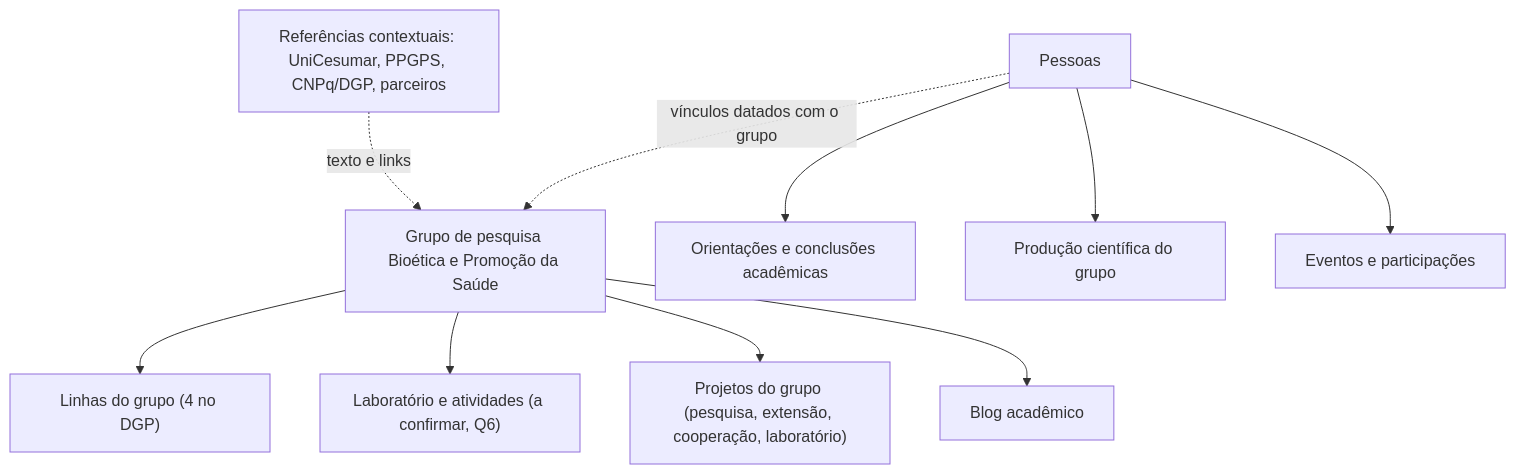
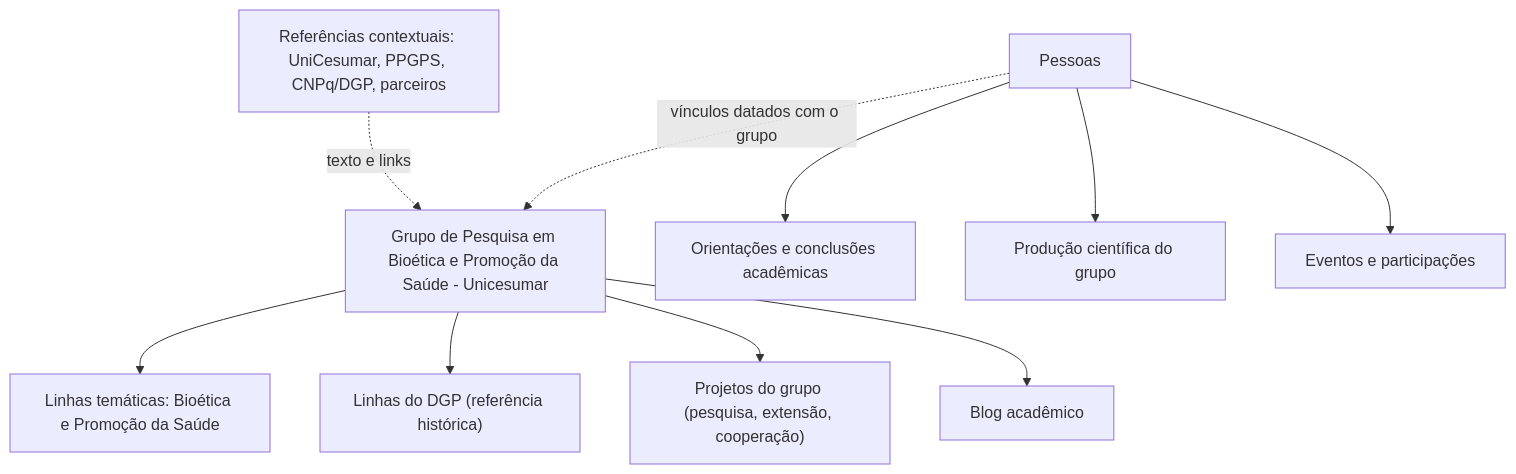
Before and after one commit to labarro/PPGPS-Portal: the first of 10 diagrams in docs/PLANEJAMENTO_PORTAL_PPGPS.md, drawn with Mermaid. The commit also changed other lines of this file and 29 other files, not shown here.

````diff
--- a/docs/PLANEJAMENTO_PORTAL_PPGPS.md
+++ b/docs/PLANEJAMENTO_PORTAL_PPGPS.md
@@ -317,12 +339,12 @@
 ```mermaid
 flowchart TD
-    G["Grupo de pesquisa Bioética e Promoção da Saúde"] --> L["Linhas do grupo (4 no DGP)"]
-    G --> LAB["Laboratório e atividades (a confirmar, Q6)"]
-    G --> PR["Projetos do grupo (pesquisa, extensão, cooperação, laboratório)"]
+    G["Grupo de Pesquisa em Bioética e Promoção da Saúde - Unicesumar"] --> L["Linhas temáticas: Bioética e Promoção da Saúde"]
+    G --> HL["Linhas do DGP (referência histórica)"]
+    G --> PR["Projetos do grupo (pesquisa, extensão, cooperação)"]
     G --> ED["Blog acadêmico"]
     PE["Pessoas"] -. vínculos datados com o grupo .-> G
     PE --> OR["Orientações e conclusões acadêmicas"]
     PE --> PUB["Produção científica do grupo"]
     PE --> EV["Eventos e participações"]
     REF["Referências contextuais: UniCesumar, PPGPS, CNPq/DGP, parceiros"] -. texto e links .-> G
 ```
````
